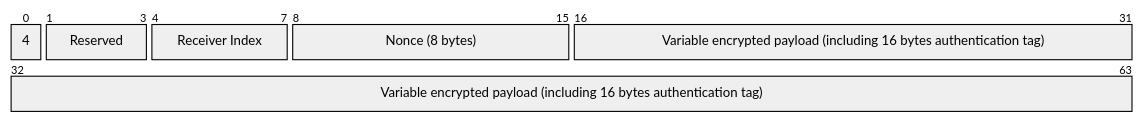
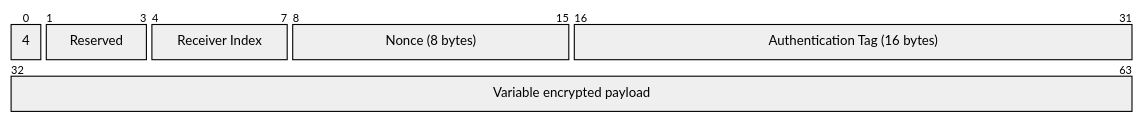
One commit to category-labs/monad-bft changed the fourth of 8 diagrams in docs/0002_authenticated_udp.md. Above: the diagram before and after it, drawn with Mermaid. The commit also changed other lines of this file, not shown here.

````diff
--- a/docs/0002_authenticated_udp.md
+++ b/docs/0002_authenticated_udp.md
@@ -269,8 +269,9 @@
 ```mermaid
 packet-beta
 0: "4"
 1-3: "Reserved"
 4-7: "Receiver Index"
 8-15: "Nonce (8 bytes)"
-16-63: "Variable encrypted payload (including 16 bytes authentication tag)"
+16-31: "Authentication Tag (16 bytes)"
+32-63: "Variable encrypted payload"
 ```
````
